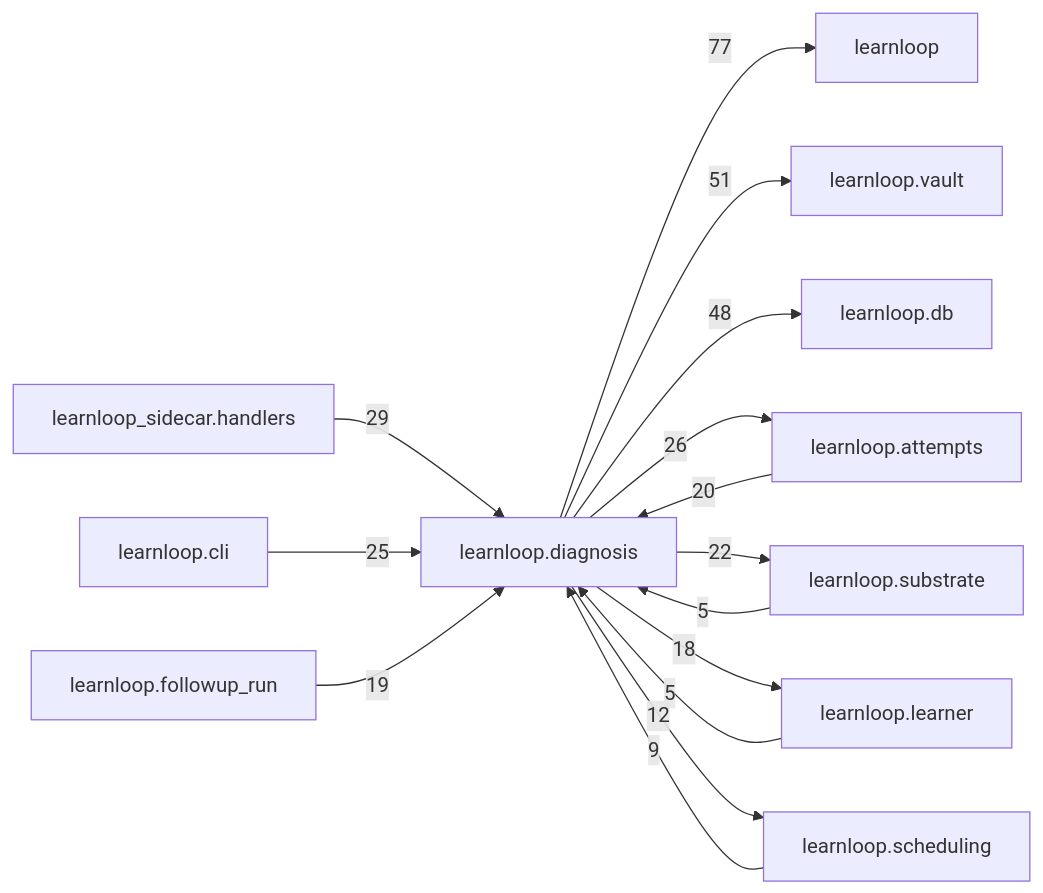
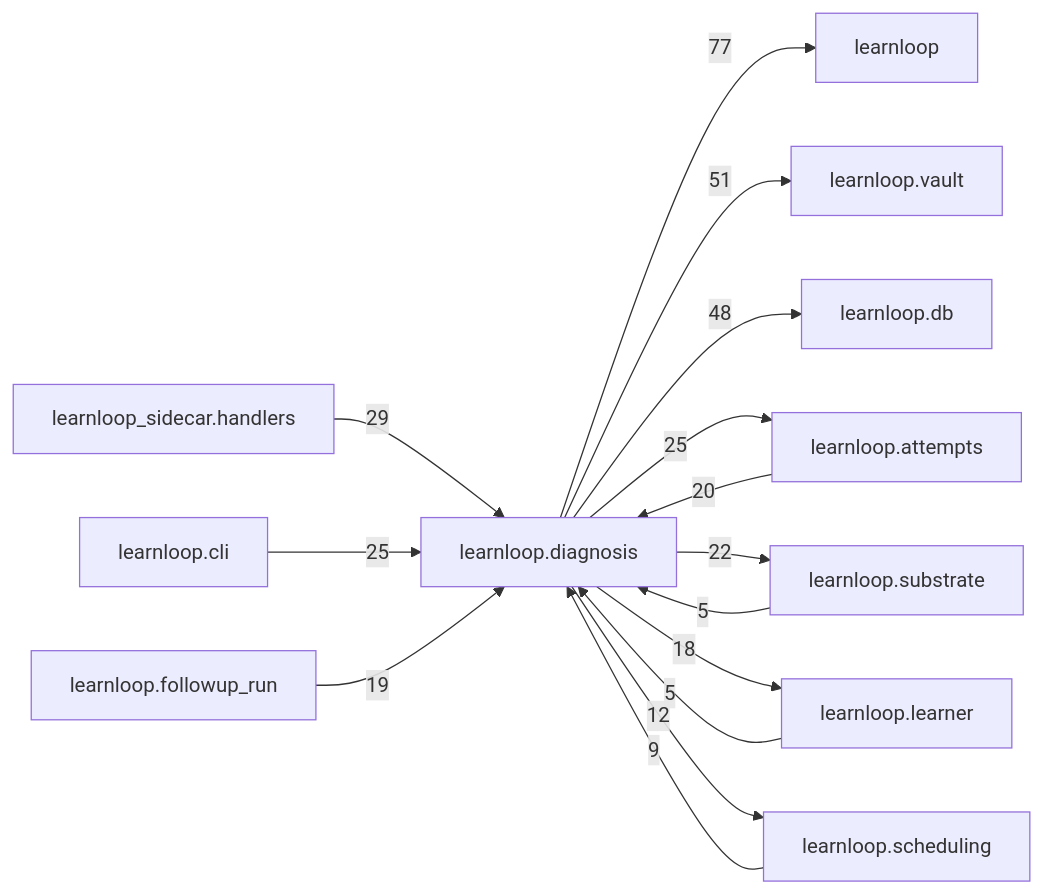
The diagram in docs/learnloop-architecture-vault/Reference/Modules/learnloop/diagnosis/_package.md (6up-b/learnanything), drawn with Mermaid before and after one commit. The commit also changed other lines of this file and 137 other files, not shown here.

````diff
--- a/docs/learnloop-architecture-vault/Reference/Modules/learnloop/diagnosis/_package.md
+++ b/docs/learnloop-architecture-vault/Reference/Modules/learnloop/diagnosis/_package.md
@@ -236,28 +236,28 @@
 ```mermaid
 flowchart LR
     center["learnloop.diagnosis"]
     n_learnloop["learnloop"]
     n_learnloop_vault["learnloop.vault"]
     n_learnloop_db["learnloop.db"]
     n_learnloop_attempts["learnloop.attempts"]
     n_learnloop_sidecar_handlers["learnloop_sidecar.handlers"]
     n_learnloop_substrate["learnloop.substrate"]
     n_learnloop_cli["learnloop.cli"]
     n_learnloop_learner["learnloop.learner"]
     n_learnloop_scheduling["learnloop.scheduling"]
     n_learnloop_followup_run["learnloop.followup_run"]
     center -->|77| n_learnloop
     center -->|51| n_learnloop_vault
     center -->|48| n_learnloop_db
     n_learnloop_attempts -->|20| center
-    center -->|26| n_learnloop_attempts
+    center -->|25| n_learnloop_attempts
     n_learnloop_sidecar_handlers -->|29| center
     n_learnloop_substrate -->|5| center
     center -->|22| n_learnloop_substrate
     n_learnloop_cli -->|25| center
     n_learnloop_learner -->|5| center
     center -->|18| n_learnloop_learner
     n_learnloop_scheduling -->|9| center
     center -->|12| n_learnloop_scheduling
     n_learnloop_followup_run -->|19| center
 ```
````
